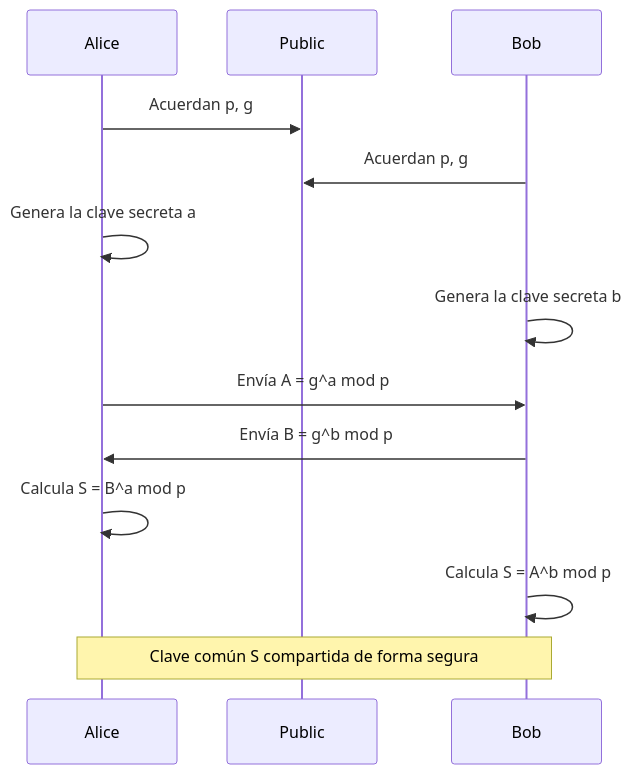
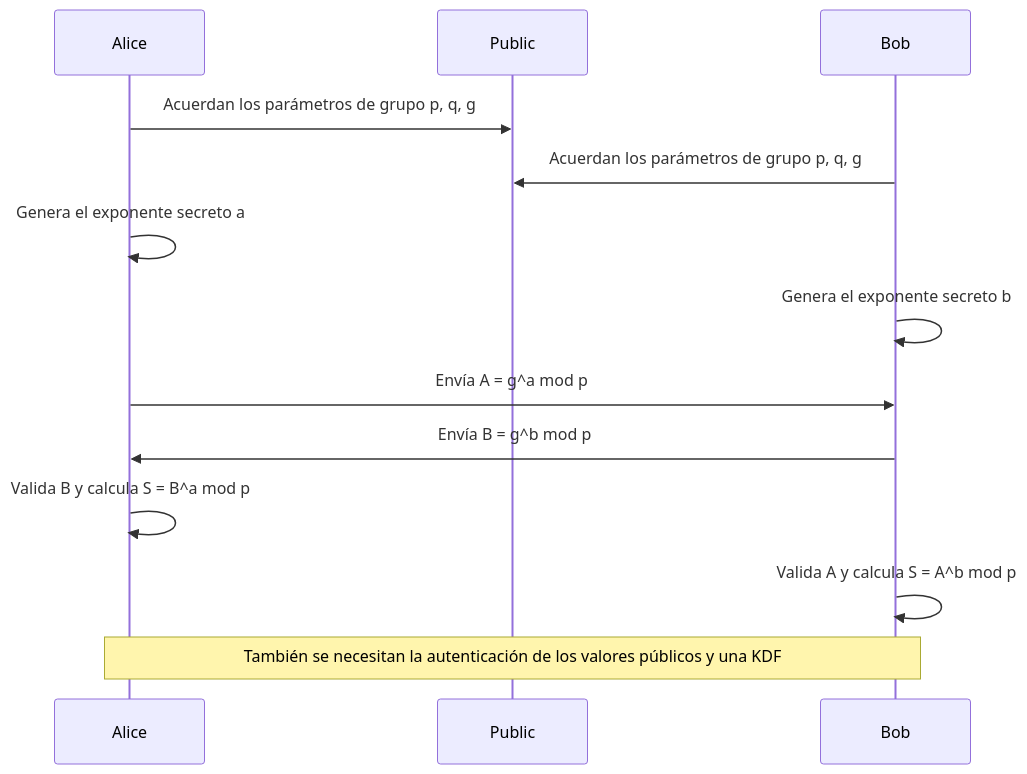
The first of 2 diagrams in content/post/public-key-cryptography-rsa-ecc/index.es.md (kenjinote/blog), drawn with Mermaid before and after one commit. The commit also changed other lines of this file and 5 other files, not shown here.

````diff
--- a/content/post/public-key-cryptography-rsa-ecc/index.es.md
+++ b/content/post/public-key-cryptography-rsa-ecc/index.es.md
@@ -38,15 +50,15 @@
 ```mermaid
 sequenceDiagram
     participant Alice
     participant Public
     participant Bob
-    Alice->>Public: Acuerdan p, g
-    Bob->>Public: Acuerdan p, g
-    Alice->>Alice: Genera la clave secreta a
-    Bob->>Bob: Genera la clave secreta b
+    Alice->>Public: Acuerdan los parámetros de grupo p, q, g
+    Bob->>Public: Acuerdan los parámetros de grupo p, q, g
+    Alice->>Alice: Genera el exponente secreto a
+    Bob->>Bob: Genera el exponente secreto b
     Alice->>Bob: Envía A = g^a mod p
     Bob->>Alice: Envía B = g^b mod p
-    Alice->>Alice: Calcula S = B^a mod p
-    Bob->>Bob: Calcula S = A^b mod p
-    Note over Alice,Bob: Clave común S compartida de forma segura
+    Alice->>Alice: Valida B y calcula S = B^a mod p
+    Bob->>Bob: Valida A y calcula S = A^b mod p
+    Note over Alice,Bob: También se necesitan la autenticación de los valores públicos y una KDF
 ```
````
